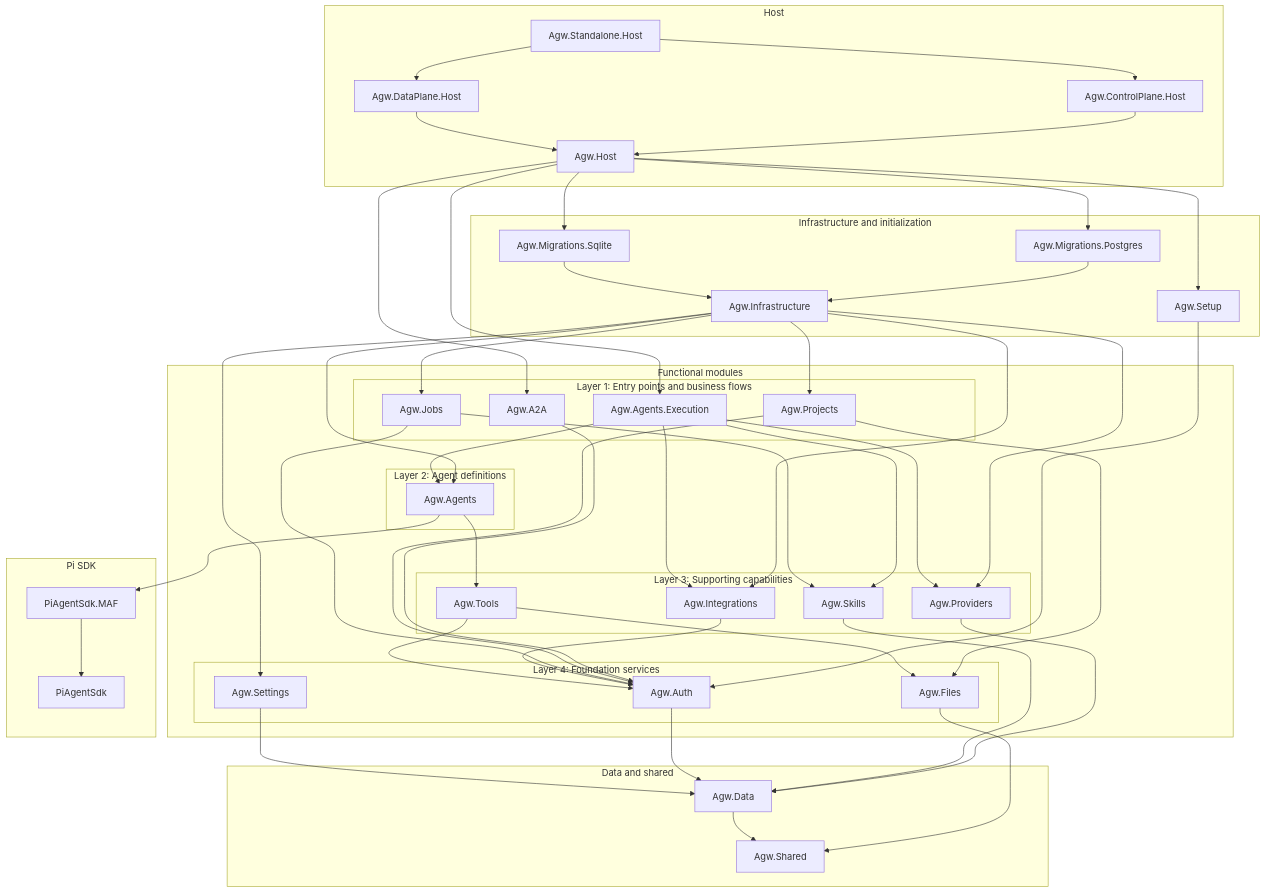
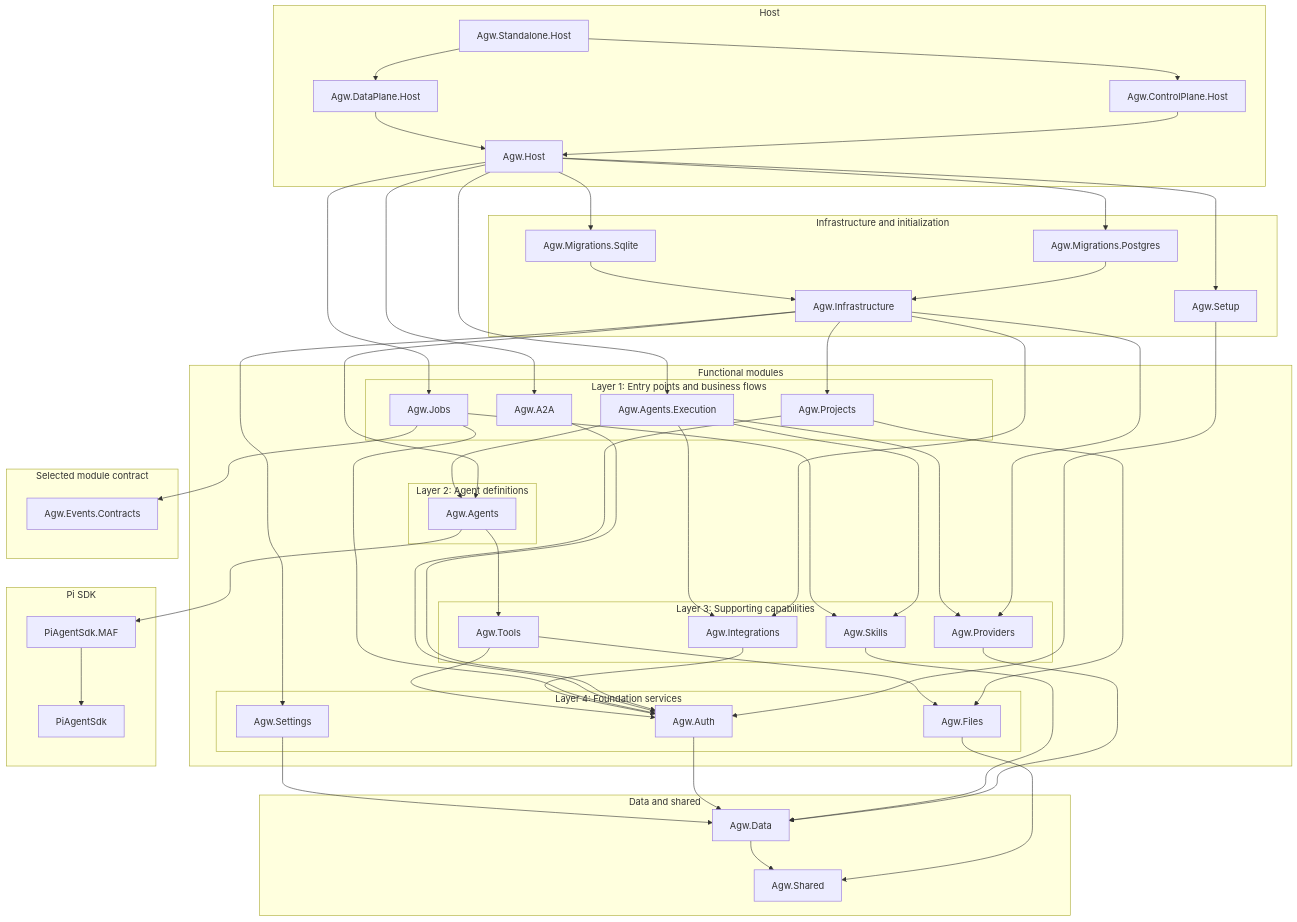
One commit to zxyao145/agw changed the third of 3 diagrams in README.md. Above: the diagram before and after it, drawn with Mermaid. The commit also changed other lines of this file and 247 other files, not shown here.

````diff
--- a/README.md
+++ b/README.md
@@ -304,77 +304,81 @@
 ```mermaid
 flowchart TB
     subgraph hosts["Host"]
         agwStandaloneHost["Agw.Standalone.Host"]
         agwControlPlaneHost["Agw.ControlPlane.Host"]
         agwDataPlaneHost["Agw.DataPlane.Host"]
         agwHost["Agw.Host"]
     end
 
     subgraph persistence["Infrastructure and initialization"]
         agwInfrastructure["Agw.Infrastructure"]
         agwMigrationsPostgres["Agw.Migrations.Postgres"]
         agwMigrationsSqlite["Agw.Migrations.Sqlite"]
         agwSetup["Agw.Setup"]
     end
 
     subgraph modules["Functional modules"]
         subgraph entryLayer["Layer 1: Entry points and business flows"]
             agwA2A["Agw.A2A"]
             agwAgentsExecution["Agw.Agents.Execution"]
             agwProjects["Agw.Projects"]
             agwJobs["Agw.Jobs"]
         end
 
         subgraph definitionLayer["Layer 2: Agent definitions"]
             agwAgents["Agw.Agents"]
         end
 
         subgraph capabilityLayer["Layer 3: Supporting capabilities"]
             agwIntegrations["Agw.Integrations"]
             agwProviders["Agw.Providers"]
             agwTools["Agw.Tools"]
             agwSkills["Agw.Skills"]
         end
 
         subgraph serviceLayer["Layer 4: Foundation services"]
             agwAuth["Agw.Auth"]
             agwFiles["Agw.Files"]
             agwSettings["Agw.Settings"]
         end
     end
 
+    subgraph contracts["Selected module contract"]
+        agwEventsContracts["Agw.Events.Contracts"]
+    end
+
     subgraph foundation["Data and shared"]
         agwData["Agw.Data"]
         agwShared["Agw.Shared"]
     end
 
     subgraph sdk["Pi SDK"]
         piAgentSdkMAF["PiAgentSdk.MAF"]
         piAgentSdk["PiAgentSdk"]
     end
 
     agwStandaloneHost --> agwControlPlaneHost & agwDataPlaneHost
     agwControlPlaneHost --> agwHost
     agwDataPlaneHost --> agwHost
     agwHost --> agwMigrationsPostgres & agwMigrationsSqlite & agwSetup
-    agwHost --> agwA2A & agwAgentsExecution
+    agwHost --> agwA2A & agwAgentsExecution & agwJobs
     agwMigrationsPostgres --> agwInfrastructure
     agwMigrationsSqlite --> agwInfrastructure
-    agwInfrastructure --> agwAgents & agwProjects & agwJobs
+    agwInfrastructure --> agwAgents & agwProjects
     agwInfrastructure --> agwIntegrations & agwProviders & agwSettings
     agwSetup --> agwAuth
     agwA2A --> agwAuth
     agwAgentsExecution --> agwAgents & agwIntegrations & agwProviders & agwSkills
     agwProjects --> agwFiles & agwAuth
-    agwJobs --> agwSkills & agwAuth
+    agwJobs --> agwEventsContracts & agwSkills & agwAuth
     agwAgents --> agwTools & piAgentSdkMAF
     agwIntegrations --> agwAuth
     agwProviders --> agwData
     agwTools --> agwFiles & agwAuth
     agwSkills --> agwData
     agwAuth --> agwData
     agwSettings --> agwData
     agwFiles --> agwShared
     agwData --> agwShared
     piAgentSdkMAF --> piAgentSdk
 ```
````
